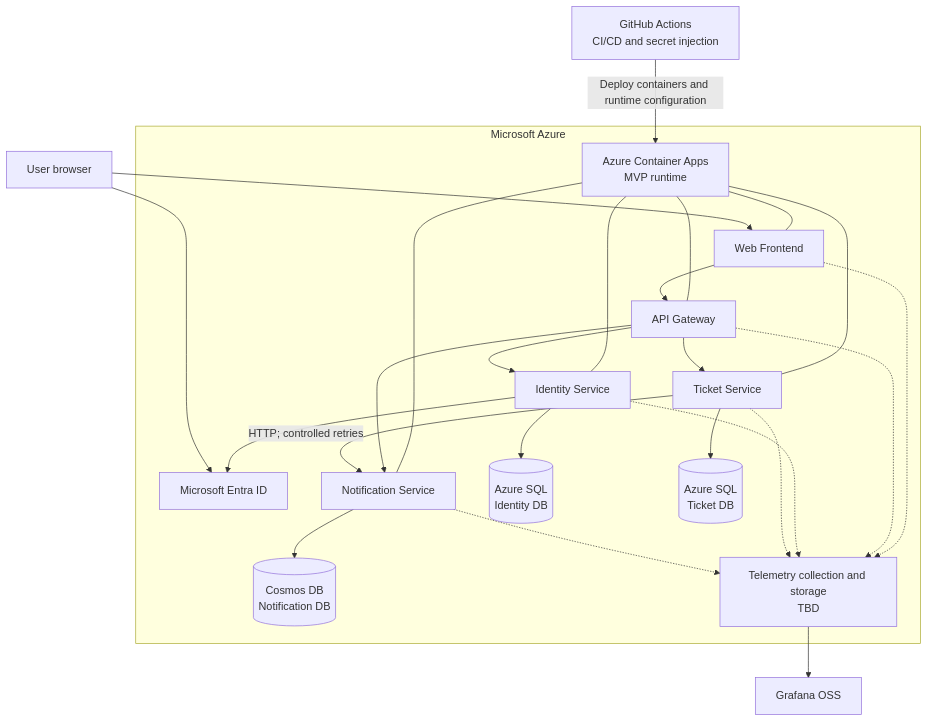
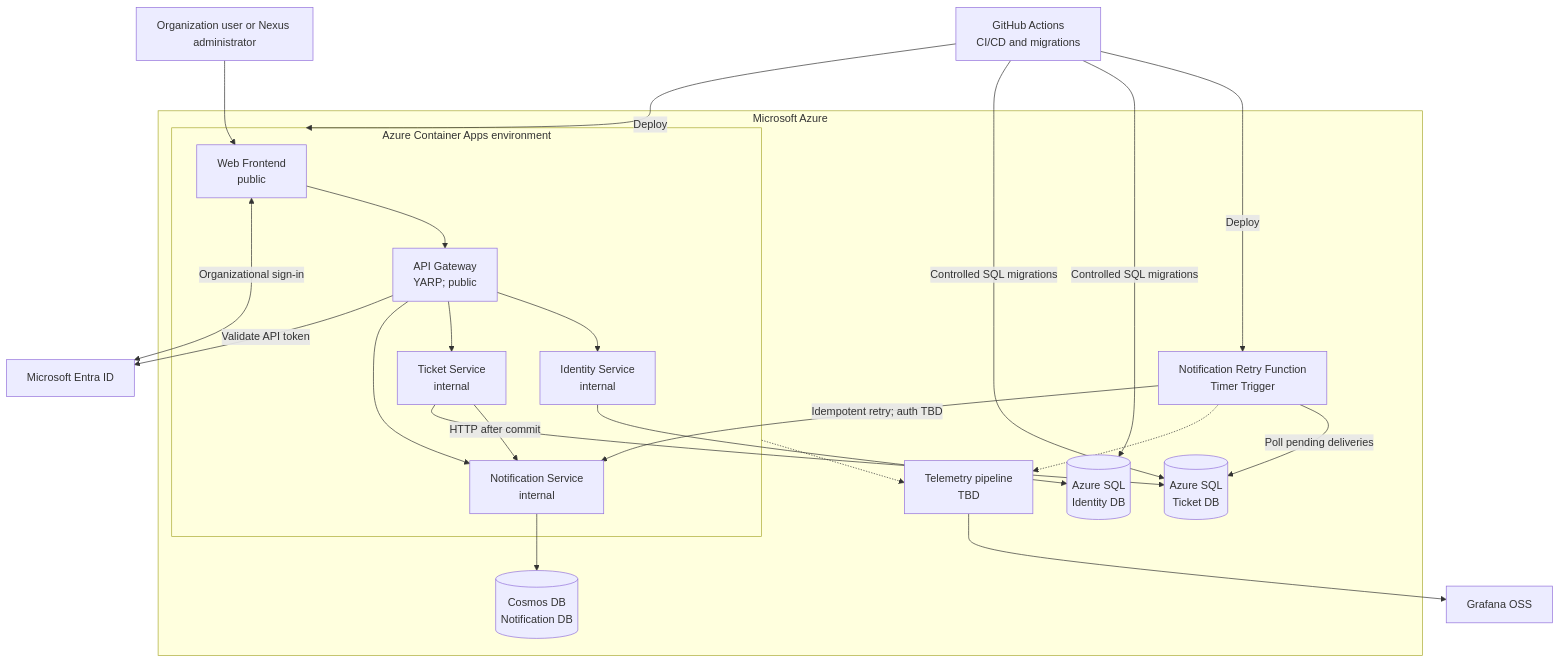
One commit to LuisiitoDev/nexus-ai-support-lite changed the diagram in docs/DEPLOYMENT_DIAGRAM.md. Above: the diagram before and after it, drawn with Mermaid. The commit also changed other lines of this file, not shown here.

Commit message:
docs: synchronize MVP deployment architecture

````diff
--- a/docs/DEPLOYMENT_DIAGRAM.md
+++ b/docs/DEPLOYMENT_DIAGRAM.md
@@ -45,47 +47,44 @@
 ```mermaid
 flowchart TB
-    User["User browser"]
+    User["Organization user or Nexus administrator"]
     Entra["Microsoft Entra ID"]
-    Actions["GitHub Actions<br/>CI/CD and secret injection"]
+    Actions["GitHub Actions<br/>CI/CD and migrations"]
     Grafana["Grafana OSS"]
 
     subgraph Azure["Microsoft Azure"]
-        Runtime["Azure Container Apps<br/>MVP runtime"]
-        Frontend["Web Frontend"]
-        Gateway["API Gateway"]
-        Identity["Identity Service"]
-        Tickets["Ticket Service"]
-        Notifications["Notification Service"]
+        subgraph ACA["Azure Container Apps environment"]
+            Frontend["Web Frontend<br/>public"]
+            Gateway["API Gateway<br/>YARP; public"]
+            Identity["Identity Service<br/>internal"]
+            Tickets["Ticket Service<br/>internal"]
+            Notifications["Notification Service<br/>internal"]
+        end
+        Retry["Notification Retry Function<br/>Timer Trigger"]
         IdentityDB[("Azure SQL<br/>Identity DB")]
         TicketDB[("Azure SQL<br/>Ticket DB")]
         NotificationDB[("Cosmos DB<br/>Notification DB")]
-        Telemetry["Telemetry collection and storage<br/>TBD"]
-
-        Runtime --- Frontend
-        Runtime --- Gateway
-        Runtime --- Identity
-        Runtime --- Tickets
-        Runtime --- Notifications
+        Telemetry["Telemetry pipeline<br/>TBD"]
 
         Frontend --> Gateway
         Gateway --> Identity
         Gateway --> Tickets
         Gateway --> Notifications
-        Tickets -->|"HTTP; controlled retries"| Notifications
+        Tickets -->|"HTTP after commit"| Notifications
         Identity --> IdentityDB
         Tickets --> TicketDB
         Notifications --> NotificationDB
-        Identity --> Entra
-
-        Frontend -.-> Telemetry
-        Gateway -.-> Telemetry
-        Identity -.-> Telemetry
-        Tickets -.-> Telemetry
-        Notifications -.-> Telemetry
+        Retry -->|"Poll pending deliveries"| TicketDB
+        Retry -->|"Idempotent retry; auth TBD"| Notifications
     end
 
     User --> Frontend
-    User --> Entra
-    Actions -->|"Deploy containers and runtime configuration"| Runtime
+    Frontend <-->|"Organizational sign-in"| Entra
+    Gateway -->|"Validate API token"| Entra
+    Actions -->|"Deploy"| ACA
+    Actions -->|"Deploy"| Retry
+    Actions -->|"Controlled SQL migrations"| IdentityDB
+    Actions -->|"Controlled SQL migrations"| TicketDB
+    ACA -.-> Telemetry
+    Retry -.-> Telemetry
     Telemetry --> Grafana
 ```
````
